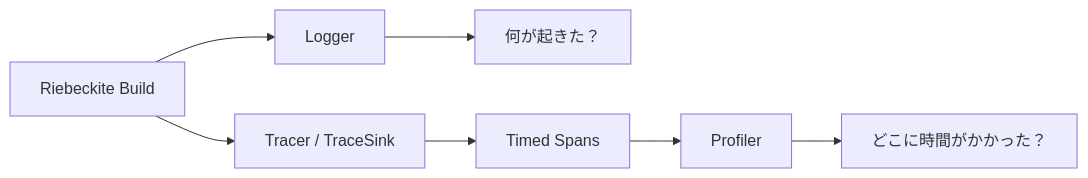
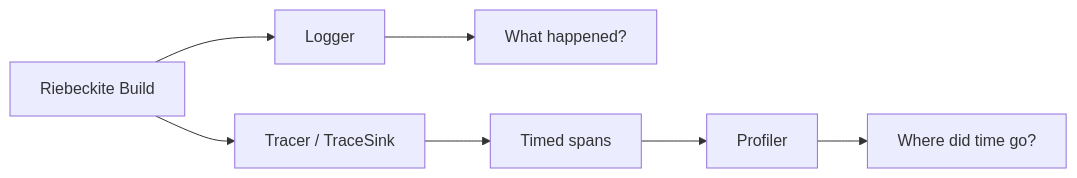
The first of 5 diagrams in docs/docs/framework/observability.md (Rerurate514/riebeckite), drawn with Mermaid before and after one commit. The commit also changed other lines of this file and 604 other files, not shown here.

````diff
--- a/docs/docs/framework/observability.md
+++ b/docs/docs/framework/observability.md
@@ -11,12 +12,12 @@
 ```mermaid
 flowchart LR
     R["Riebeckite Build"]
 
     R --> L["Logger"]
     R --> T["Tracer / TraceSink"]
 
-    L --> LO["何が起きた？"]
-    T --> SP["Timed Spans"]
+    L --> LO["What happened?"]
+    T --> SP["Timed spans"]
     SP --> P["Profiler"]
-    P --> PO["どこに時間がかかった？"]
+    P --> PO["Where did time go?"]
 ```
````
